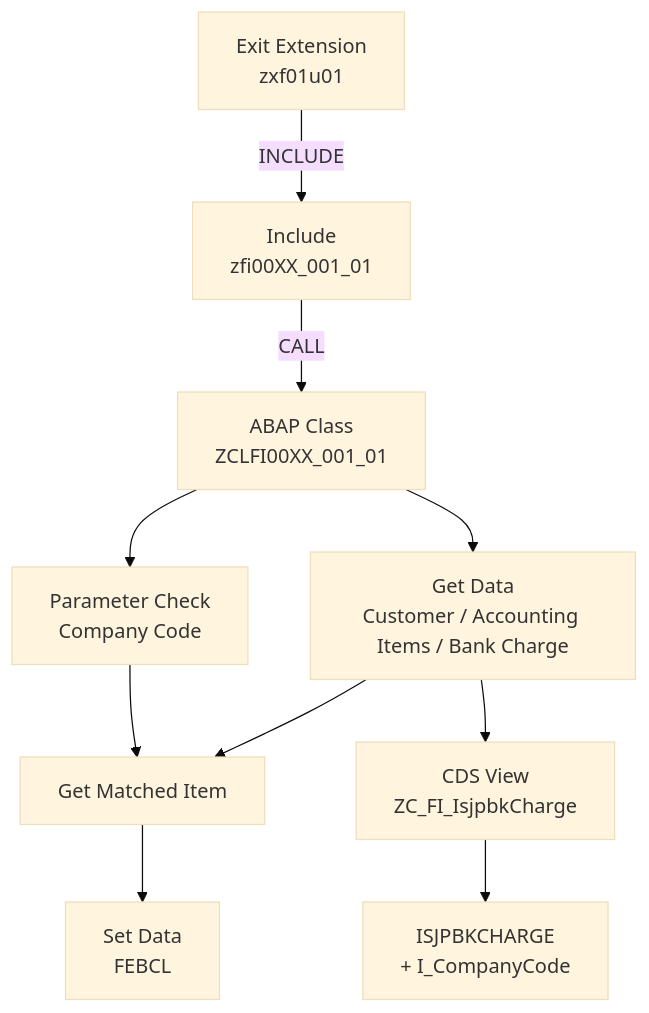
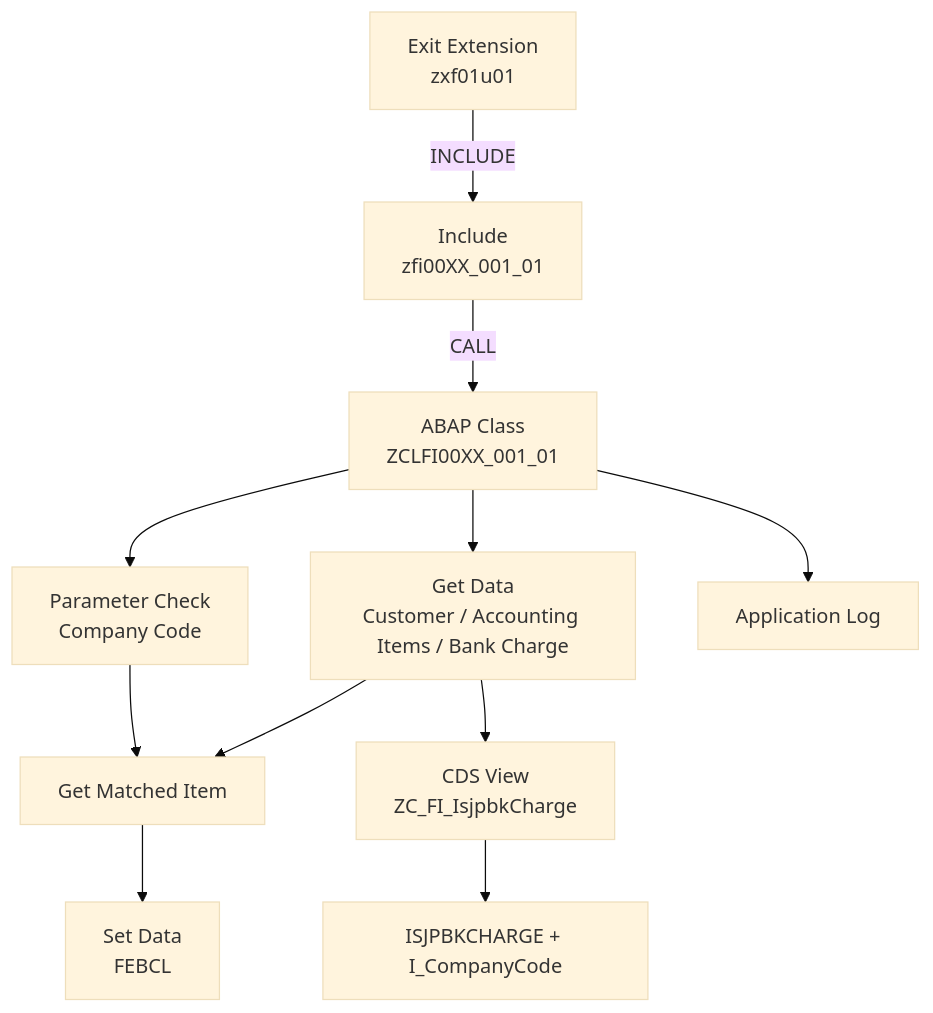
Before and after one commit to blackif/demo: the diagram in sap/abap/Classical/demo3/README.md, drawn with Mermaid (base theme). The commit also changed other lines of this file, not shown here.

````diff
--- a/sap/abap/Classical/demo3/README.md
+++ b/sap/abap/Classical/demo3/README.md
@@ -43,12 +25,13 @@
 ```mermaid
 flowchart TD
-    A["Exit Extension<br/>zxf01u01"] -->|INCLUDE| B["Include<br/>zfi00XX_001_01"]
-    B -->|CALL| C["ABAP Class<br/>ZCLFI00XX_001_01"]
-    C --> D["Parameter Check<br/>Company Code"]
-    C --> E["Get Data<br/>Customer / Accounting Items / Bank Charge"]
-    D --> F["Get Matched Item"]
+    A[Exit Extension<br/>zxf01u01] -->|INCLUDE| B[Include<br/>zfi00XX_001_01]
+    B -->|CALL| C[ABAP Class<br/>ZCLFI00XX_001_01]
+    C --> D[Parameter Check<br/>Company Code]
+    C --> E[Get Data<br/>Customer / Accounting Items / Bank Charge]
+    D --> F[Get Matched Item]
     E --> F
-    F --> G["Set Data<br/>FEBCL"]
-    E --> H["CDS View<br/>ZC_FI_IsjpbkCharge"]
-    H --> I["ISJPBKCHARGE<br/>+ I_CompanyCode"]
+    F --> G[Set Data<br/>FEBCL]
+    E --> H[CDS View<br/>ZC_FI_IsjpbkCharge]
+    H --> I[ISJPBKCHARGE + I_CompanyCode]
+    C --> J[Application Log]
 ```
````
